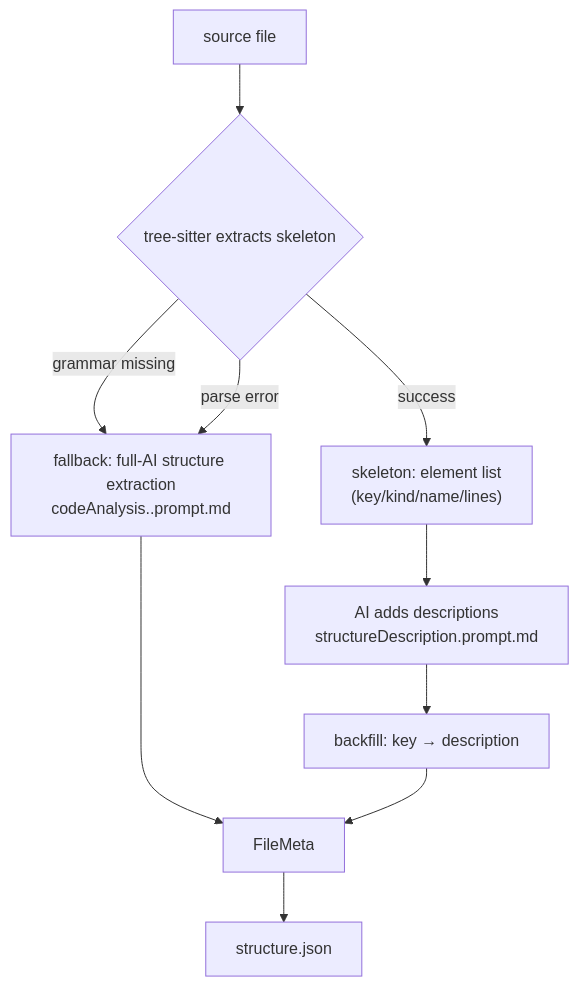
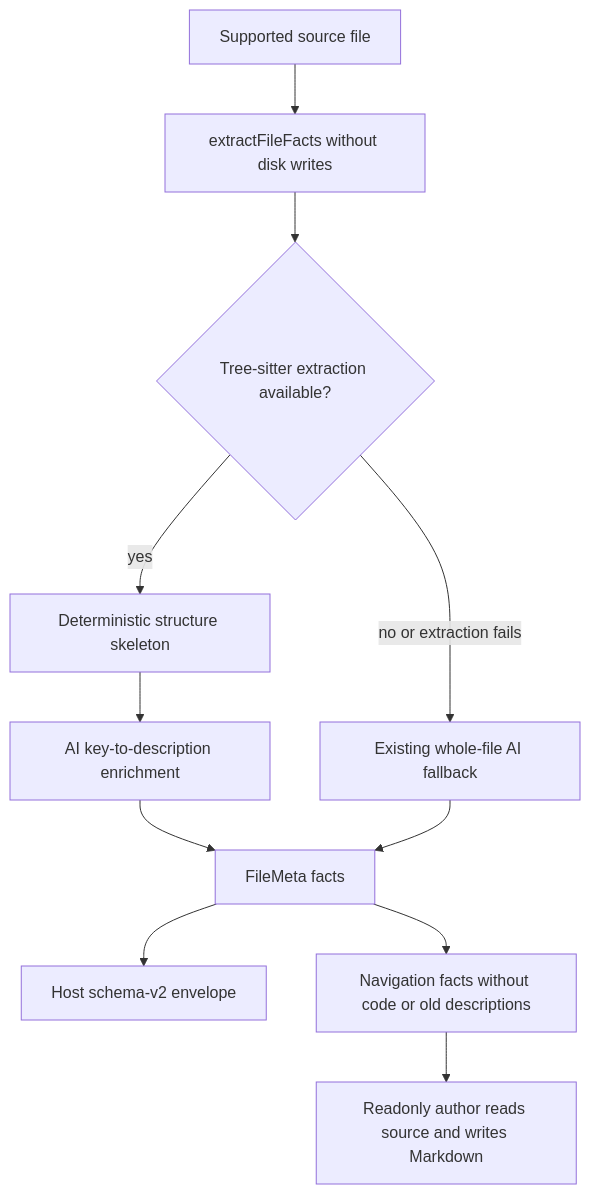
The diagram in fibo-code-analysis/references/structure-schema.md (Alenkz12/FiboSkills), drawn with Mermaid before and after one commit. The commit also changed other lines of this file and 96 other files, not shown here.

````diff
--- a/fibo-code-analysis/references/structure-schema.md
+++ b/fibo-code-analysis/references/structure-schema.md
@@ -10,12 +46,13 @@
 ```mermaid
 flowchart TD
-  src_001["source file"] --> ts_002{"tree-sitter extracts skeleton"}
-  ts_002 -->|success| skel_003["skeleton: element list<br/>(key/kind/name/lines)"]
-  ts_002 -->|grammar missing| ai_full_004["fallback: full-AI structure extraction<br/>codeAnalysis.<lang>.prompt.md"]
-  ts_002 -->|parse error| ai_full_004
-  skel_003 --> desc_005["AI adds descriptions<br/>structureDescription.prompt.md"]
-  desc_005 --> merge_006["backfill: key → description"]
-  ai_full_004 --> meta_007["FileMeta"]
-  merge_006 --> meta_007
-  meta_007 --> save_008["structure.json"]
+  source_file_001["Supported source file"] --> extract_facts_002["extractFileFacts without disk writes"]
+  extract_facts_002 --> parser_available_003{"Tree-sitter extraction available?"}
+  parser_available_003 -->|yes| parser_skeleton_004["Deterministic structure skeleton"]
+  parser_skeleton_004 --> add_descriptions_005["AI key-to-description enrichment"]
+  parser_available_003 -->|no or extraction fails| ai_fallback_006["Existing whole-file AI fallback"]
+  add_descriptions_005 --> file_meta_007["FileMeta facts"]
+  ai_fallback_006 --> file_meta_007
+  file_meta_007 --> runtime_envelope_008["Host schema-v2 envelope"]
+  file_meta_007 --> symbol_projection_009["Navigation facts without code or old descriptions"]
+  symbol_projection_009 --> direct_author_010["Readonly author reads source and writes Markdown"]
 ```
````
